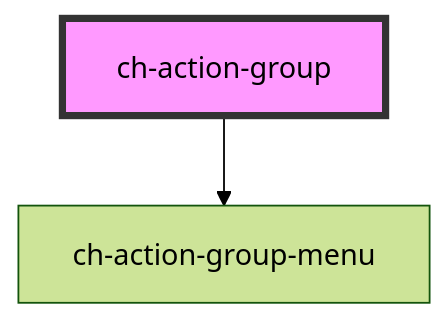
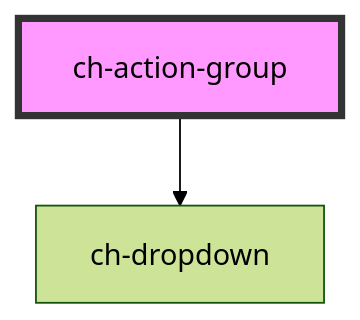
Before and after one commit to genexuslabs/chameleon-controls-library: the diagram in src/components/action-group/readme.md, drawn with Mermaid (forest theme). The commit also changed other lines of this file and 10 other files, not shown here.

Commit message:
replace action-group-menu with ch-dropdown

````diff
--- a/src/components/action-group/readme.md
+++ b/src/components/action-group/readme.md
@@ -51,5 +51,5 @@
 ```mermaid
 graph TD;
-  ch-action-group --> ch-action-group-menu
+  ch-action-group --> ch-dropdown
   style ch-action-group fill:#f9f,stroke:#333,stroke-width:4px
 ```
````
